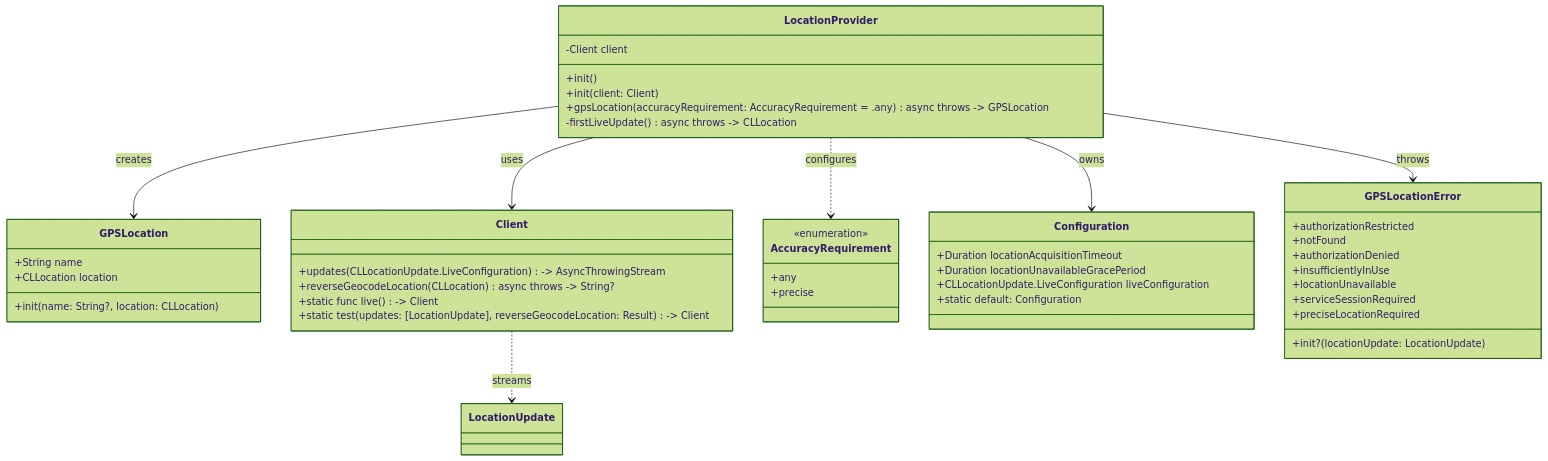
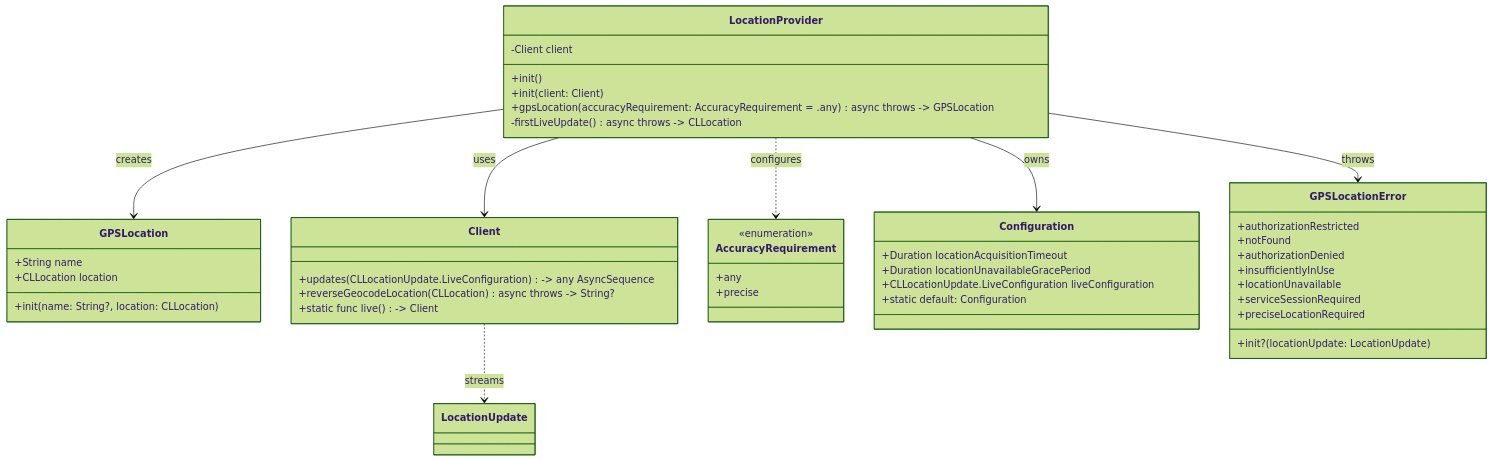
One commit to kraigspear/LocationProvider changed the first of 3 diagrams in Technical.md. Above: the diagram before and after it, drawn with Mermaid (forest theme). The commit also changed 4 other files, not shown here.

````diff
--- a/Technical.md
+++ b/Technical.md
@@ -11,54 +11,53 @@
 ```mermaid
 classDiagram
     class LocationProvider {
         -Client client
         +init()
         +init(client: Client)
         +gpsLocation(accuracyRequirement: AccuracyRequirement = .any) async throws -> GPSLocation
         -firstLiveUpdate() async throws -> CLLocation
     }
     
     class GPSLocation {
         +String name
         +CLLocation location
         +init(name: String?, location: CLLocation)
     }
     
     class Client {
-        +updates(CLLocationUpdate.LiveConfiguration) -> AsyncThrowingStream<LocationUpdate, Error>
+        +updates(CLLocationUpdate.LiveConfiguration) -> any AsyncSequence<any LocationUpdate, any Error>
         +reverseGeocodeLocation(CLLocation) async throws -> String?
         +static func live() -> Client
-        +static test(updates: [LocationUpdate], reverseGeocodeLocation: Result<String?, Error>) -> Client
     }
 
     class AccuracyRequirement {
         <<enumeration>>
         +any
         +precise
     }
 
     class Configuration {
         +Duration locationAcquisitionTimeout
         +Duration locationUnavailableGracePeriod
         +CLLocationUpdate.LiveConfiguration liveConfiguration
         +static default: Configuration
     }
 
     class GPSLocationError {
         +authorizationRestricted
         +notFound
         +authorizationDenied
         +insufficientlyInUse
         +locationUnavailable
         +serviceSessionRequired
         +preciseLocationRequired
         +init?(locationUpdate: LocationUpdate)
     }
     
     LocationProvider --> Client : uses
     LocationProvider --> GPSLocation : creates
     LocationProvider --> GPSLocationError : throws
     Client ..> LocationUpdate : streams
     LocationProvider ..> AccuracyRequirement : configures
     LocationProvider --> Configuration : owns
 ```
````
